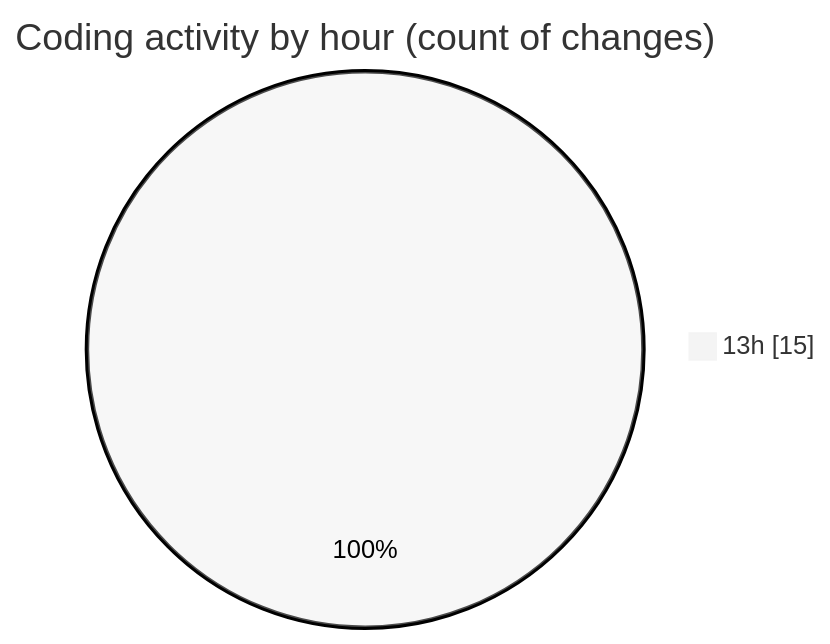
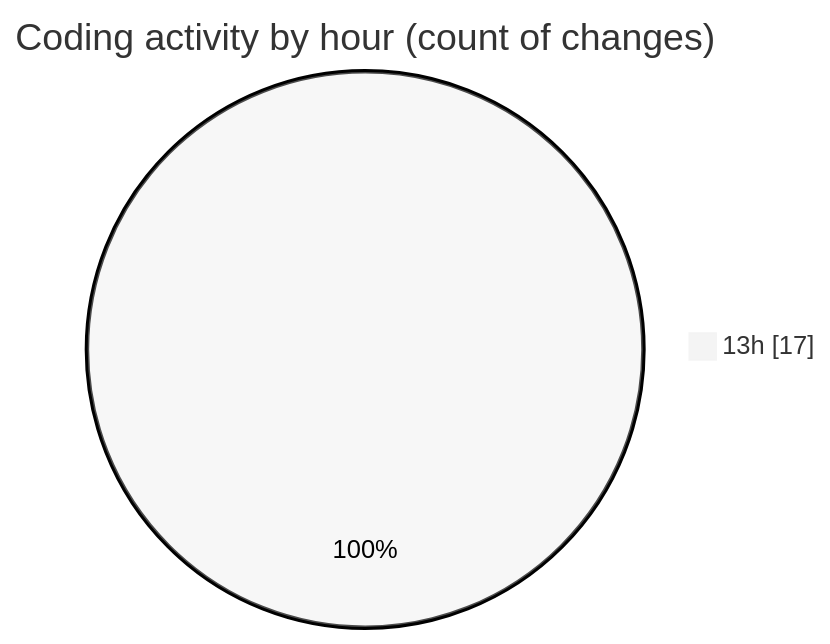
Before and after one commit to donsfak/code-tracking: the second of 2 diagrams in 2025-02-24/drivers_app/README.md, drawn with Mermaid (neutral theme). The commit also changed other lines of this file and 1 other file, not shown here.

````diff
--- a/2025-02-24/drivers_app/README.md
+++ b/2025-02-24/drivers_app/README.md
@@ -34,5 +34,5 @@
 ```mermaid
 pie showData
 title Coding activity by hour (count of changes)
-"13h" : 15
+"13h" : 17
 ```
````
